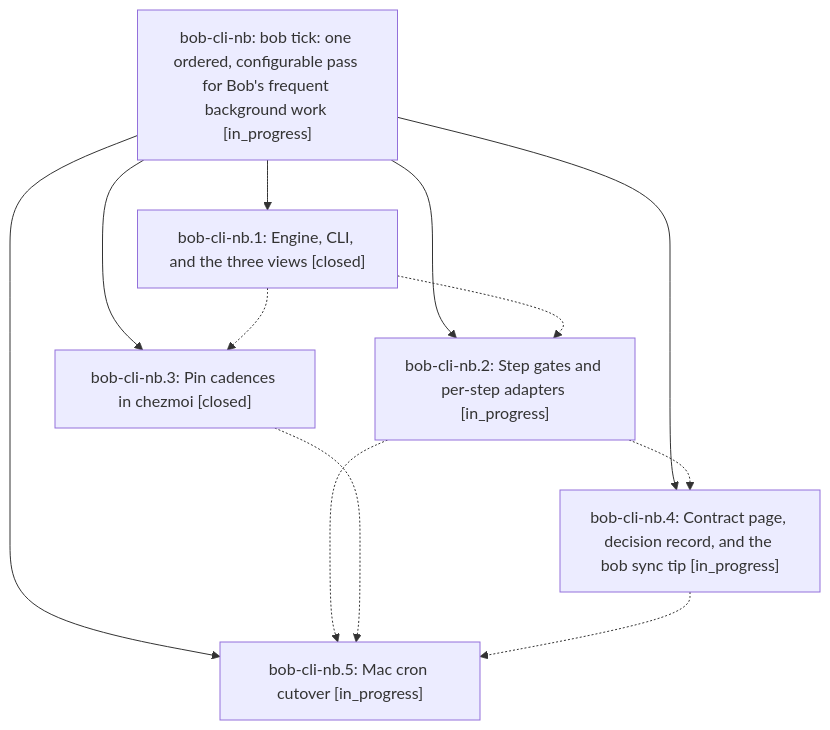
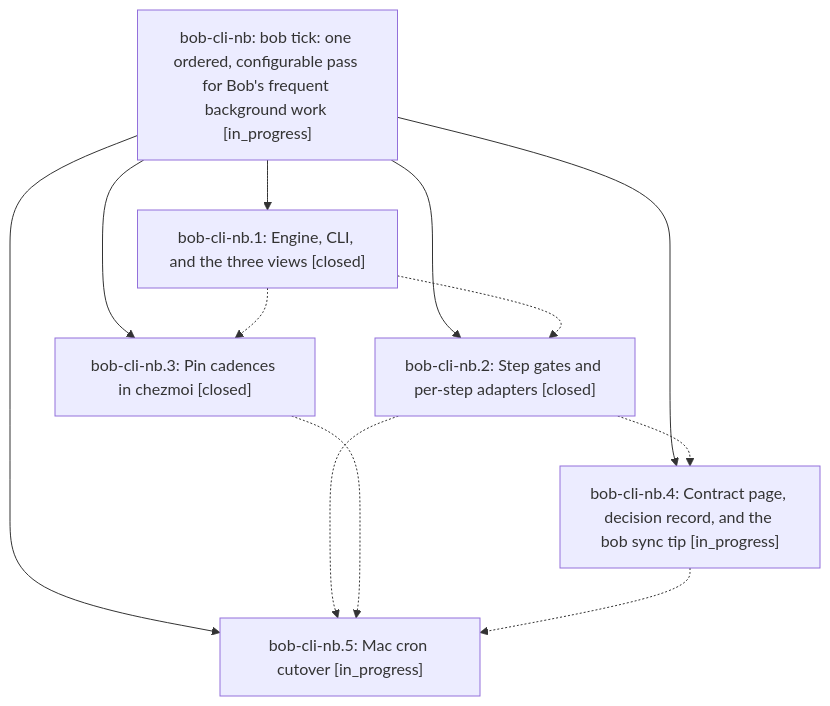
One commit to bobs-org/bob-cli--beads changed the diagram in pages/bob-cli-nb/README.md. Above: the diagram before and after it, drawn with Mermaid. The commit also changed other lines of this file and 5 other files, not shown here.

First line of the commit message:
chore(beads): sync bead state and pages for bob-cli-nb

````diff
--- a/pages/bob-cli-nb/README.md
+++ b/pages/bob-cli-nb/README.md
@@ -38,20 +38,20 @@
 ```mermaid
 flowchart TD
     n0["bob-cli-nb: bob tick: one ordered, configurable pass for Bob's frequent background work [in_progress]"]
     n1["bob-cli-nb.1: Engine, CLI, and the three views [closed]"]
-    n2["bob-cli-nb.2: Step gates and per-step adapters [in_progress]"]
+    n2["bob-cli-nb.2: Step gates and per-step adapters [closed]"]
     n3["bob-cli-nb.3: Pin cadences in chezmoi [closed]"]
     n4["bob-cli-nb.4: Contract page, decision record, and the bob sync tip [in_progress]"]
     n5["bob-cli-nb.5: Mac cron cutover [in_progress]"]
     n0 --> n1
     n0 --> n2
     n0 --> n3
     n0 --> n4
     n0 --> n5
     n1 -.-> n2
     n1 -.-> n3
     n2 -.-> n4
     n2 -.-> n5
     n3 -.-> n5
     n4 -.-> n5
 ```
````
